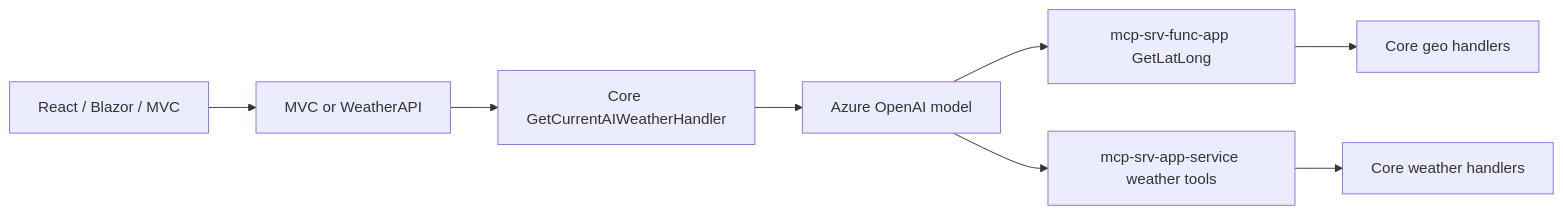
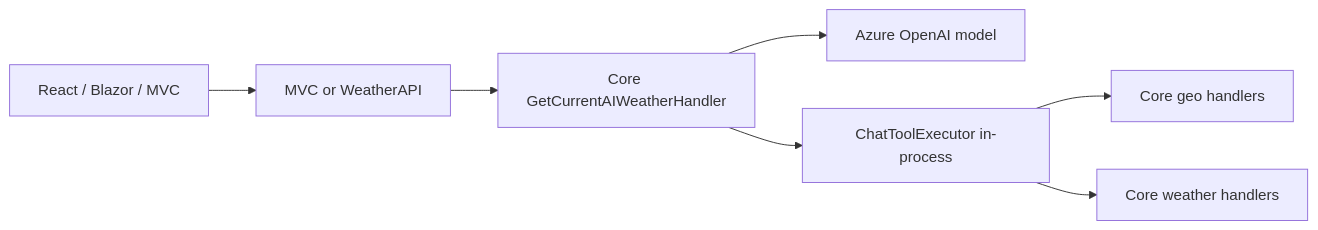
Before and after one commit to dustinkorzaan/weather-1116: the second of 2 diagrams in docs/architecture.md, drawn with Mermaid.

Commit message:
Redraw Current AI Weather production path as in-process tools
The architecture mermaid still showed Model → MCP hosts after the handler
switched to the V3 loop. Point it at ChatToolExecutor and Core geo/weather
handlers instead.

````diff
--- a/docs/architecture.md
+++ b/docs/architecture.md
@@ -110,19 +110,17 @@
 ```mermaid
 flowchart LR
   UI[React / Blazor / MVC]
   API[MVC or WeatherAPI]
   Core[Core GetCurrentAIWeatherHandler]
   Model[Azure OpenAI model]
-  McpSrvFuncApp[mcp-srv-func-app GetLatLong]
-  McpSrvAppService[mcp-srv-app-service weather tools]
+  Tools[ChatToolExecutor in-process]
   CoreGeo[Core geo handlers]
   CoreWx[Core weather handlers]
 
   UI --> API
   API --> Core
   Core --> Model
-  Model --> McpSrvFuncApp
-  Model --> McpSrvAppService
-  McpSrvFuncApp --> CoreGeo
-  McpSrvAppService --> CoreWx
+  Core --> Tools
+  Tools --> CoreGeo
+  Tools --> CoreWx
 ```
````
